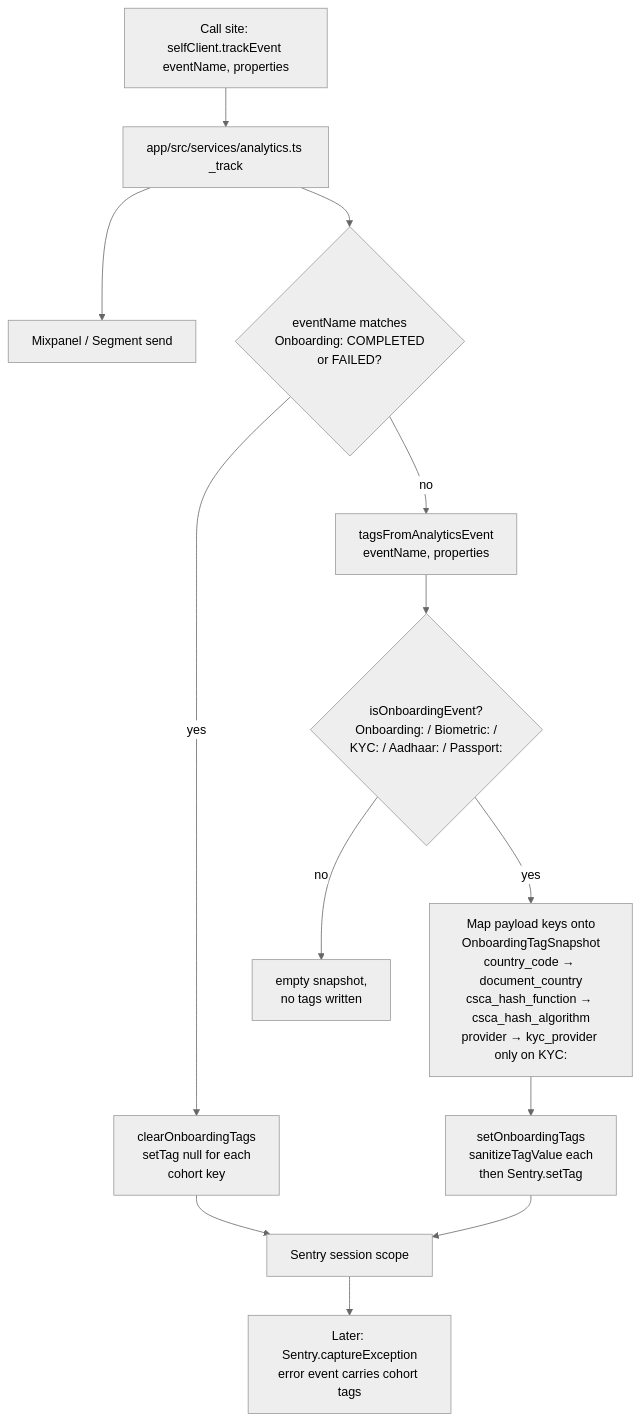
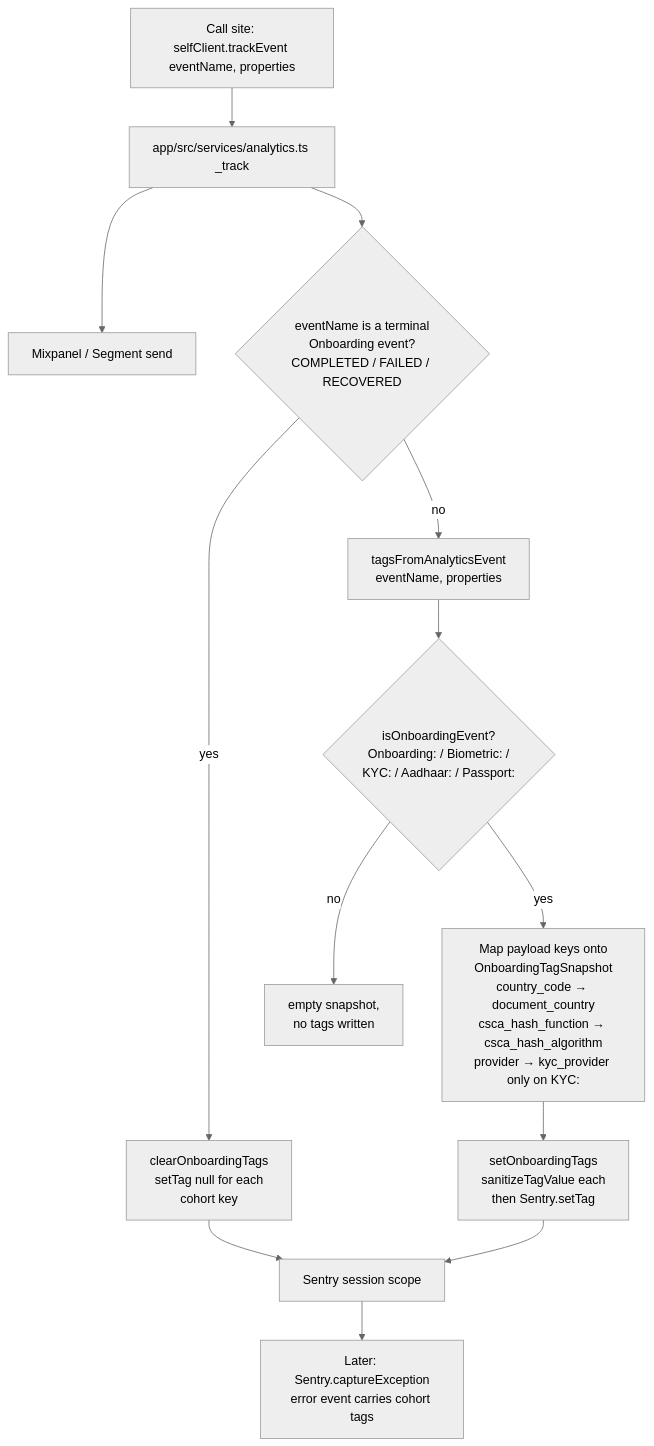
The diagram in specs/projects/sdk/workstreams/analytics/plans/ANA-13-observability-migration.md (selfxyz/self), drawn with Mermaid (neutral theme) before and after one commit. The commit also changed other lines of this file and 2 other files, not shown here.

First line of the commit message:
fix(observability): clear cohort tags on Onboarding: Recovered too

````diff
--- a/specs/projects/sdk/workstreams/analytics/plans/ANA-13-observability-migration.md
+++ b/specs/projects/sdk/workstreams/analytics/plans/ANA-13-observability-migration.md
@@ -98,15 +98,15 @@
 ```mermaid
 flowchart TD
     A[Call site: selfClient.trackEvent eventName, properties] --> B[app/src/services/analytics.ts _track]
     B --> C[Mixpanel / Segment send]
-    B --> D{eventName matches<br/>Onboarding: COMPLETED<br/>or FAILED?}
+    B --> D{eventName is a terminal<br/>Onboarding event?<br/>COMPLETED / FAILED / RECOVERED}
     D -- yes --> E[clearOnboardingTags<br/>setTag null for each<br/>cohort key]
     D -- no --> F[tagsFromAnalyticsEvent<br/>eventName, properties]
     F --> G{isOnboardingEvent?<br/>Onboarding: / Biometric: /<br/>KYC: / Aadhaar: / Passport:}
     G -- no --> H[empty snapshot,<br/>no tags written]
     G -- yes --> I[Map payload keys onto<br/>OnboardingTagSnapshot<br/>country_code → document_country<br/>csca_hash_function → csca_hash_algorithm<br/>provider → kyc_provider only on KYC:]
     I --> J[setOnboardingTags<br/>sanitizeTagValue each<br/>then Sentry.setTag]
     E --> K[Sentry session scope]
     J --> K
     K --> L[Later: Sentry.captureException<br/>error event carries cohort tags]
 ```
````
